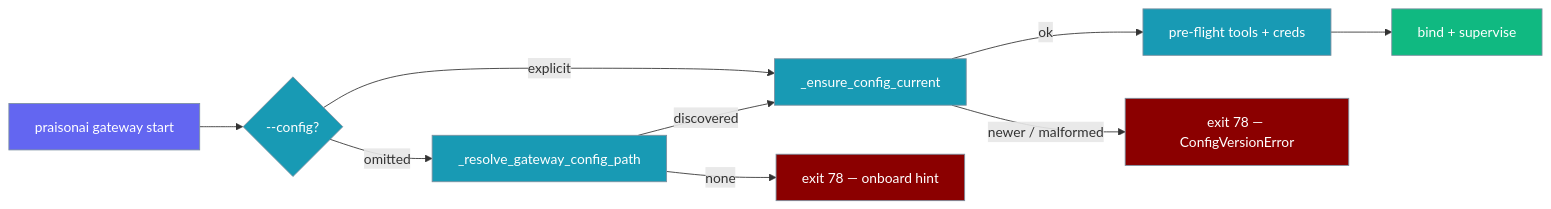
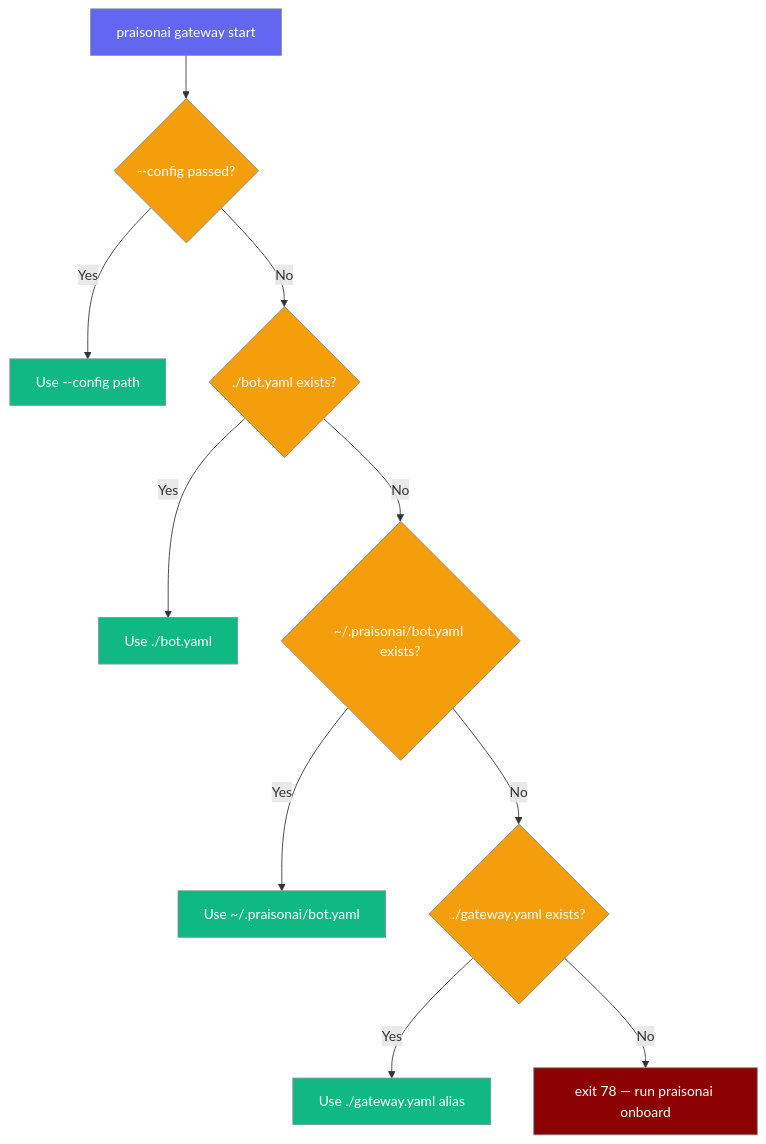
One commit to MervinPraison/PraisonAIDocs changed the third of 12 diagrams in docs/features/gateway-cli.mdx. Above: the diagram before and after it, drawn with Mermaid. The commit also changed other lines of this file and 8 other files, not shown here.

First line of the commit message:
docs: cover gateway auto-discovery, boot run-ledger recovery, and WhatsApp identity canonicalization (fixes #2806)

````diff
--- a/docs/features/gateway-cli.mdx
+++ b/docs/features/gateway-cli.mdx
@@ -451,21 +448,22 @@
 ```mermaid
-graph LR
-    A[praisonai gateway start] --> R{--config?}
-    R -->|explicit| V[_ensure_config_current]
-    R -->|omitted| D[_resolve_gateway_config_path]
-    D -->|discovered| V
-    D -->|none| X[exit 78 — onboard hint]
-    V -->|ok| P[pre-flight tools + creds]
-    V -->|newer / malformed| X2[exit 78 — ConfigVersionError]
-    P --> B[bind + supervise]
+graph TD
+    Start[praisonai gateway start] --> Q1{--config passed?}
+    Q1 -->|Yes| Use[Use --config path]
+    Q1 -->|No| Q2{./bot.yaml exists?}
+    Q2 -->|Yes| UseCwd[Use ./bot.yaml]
+    Q2 -->|No| Q3{~/.praisonai/bot.yaml exists?}
+    Q3 -->|Yes| UseHome[Use ~/.praisonai/bot.yaml]
+    Q3 -->|No| Q4{./gateway.yaml exists?}
+    Q4 -->|Yes| UseAlias[Use ./gateway.yaml alias]
+    Q4 -->|No| Exit[exit 78 — run praisonai onboard]
 
-    classDef input fill:#6366F1,stroke:#7C90A0,color:#fff
-    classDef process fill:#189AB4,stroke:#7C90A0,color:#fff
-    classDef good fill:#10B981,stroke:#7C90A0,color:#fff
+    classDef start fill:#6366F1,stroke:#7C90A0,color:#fff
+    classDef check fill:#F59E0B,stroke:#7C90A0,color:#fff
+    classDef ok fill:#10B981,stroke:#7C90A0,color:#fff
     classDef stop fill:#8B0000,stroke:#7C90A0,color:#fff
 
-    class A input
-    class R,D,V,P process
-    class X,X2 stop
-    class B good
+    class Start start
+    class Q1,Q2,Q3,Q4 check
+    class Use,UseCwd,UseHome,UseAlias ok
+    class Exit stop
 ```
````
